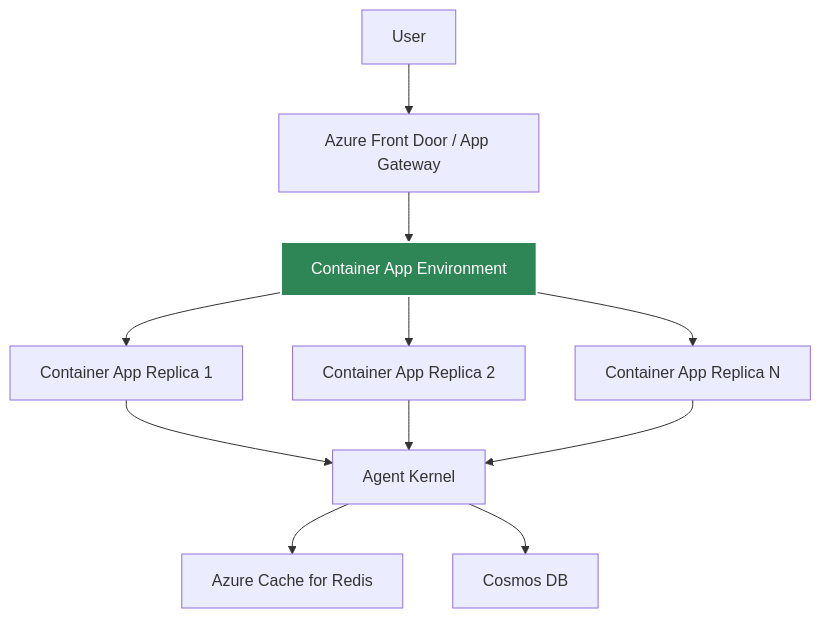
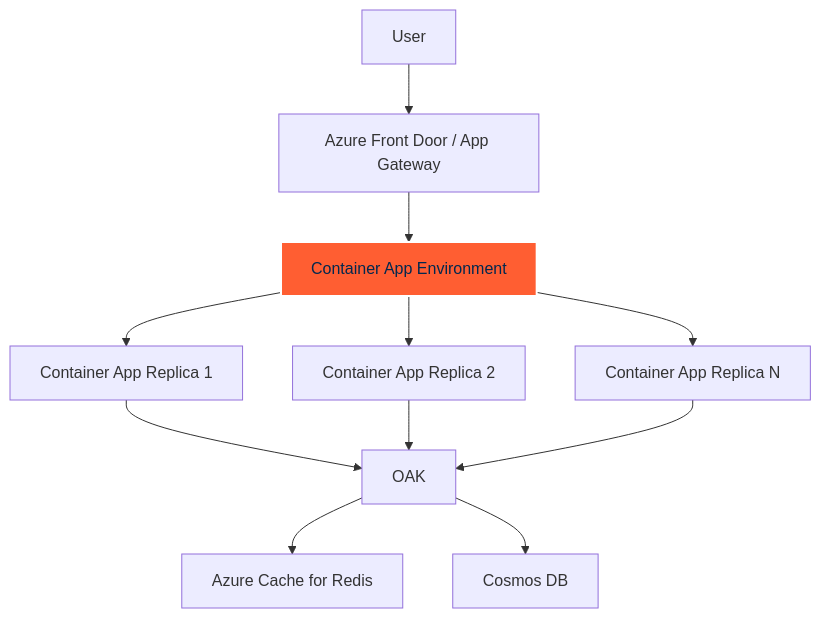
One commit to yaalalabs/agent-kernel changed the first of 2 diagrams in docs/docs/deployment/azure-containerized.md. Above: the diagram before and after it, drawn with Mermaid. The commit also changed other lines of this file and 444 other files, not shown here.

````diff
--- a/docs/docs/deployment/azure-containerized.md
+++ b/docs/docs/deployment/azure-containerized.md
@@ -15,17 +15,17 @@
 ```mermaid
 graph TB
     A[User] --> B[Azure Front Door / App Gateway]
     B --> C[Container App Environment]
     C --> D[Container App Replica 1]
     C --> E[Container App Replica 2]
     C --> F[Container App Replica N]
     
-    D --> G[Agent Kernel]
+    D --> G[OAK]
     E --> G
     F --> G
     
     G --> H[Azure Cache for Redis]
     G --> I[Cosmos DB]
     
-    style C fill:#2e8555,stroke:#fff,stroke-width:2px,color:#fff
+    style C fill:#FF5E32,stroke:#fff,stroke-width:2px,color:#02284F
 ```
````
